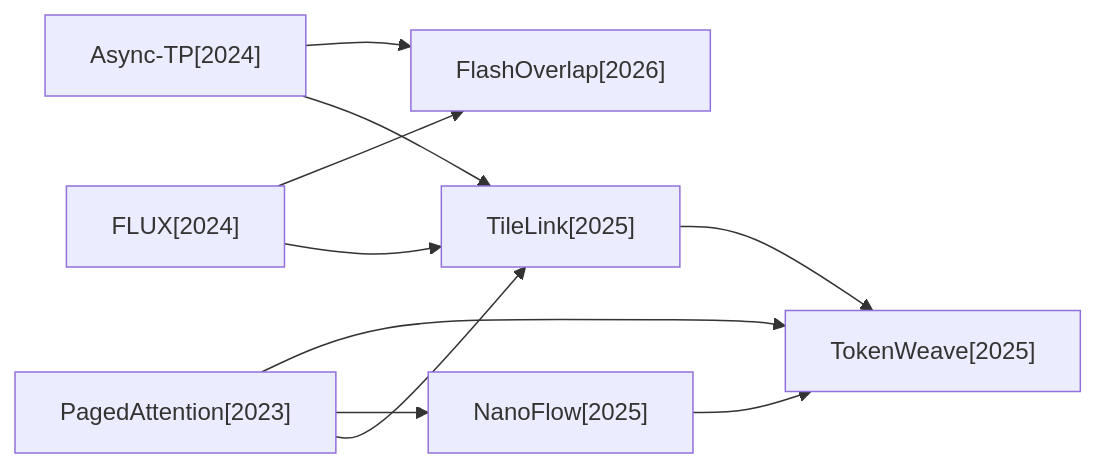
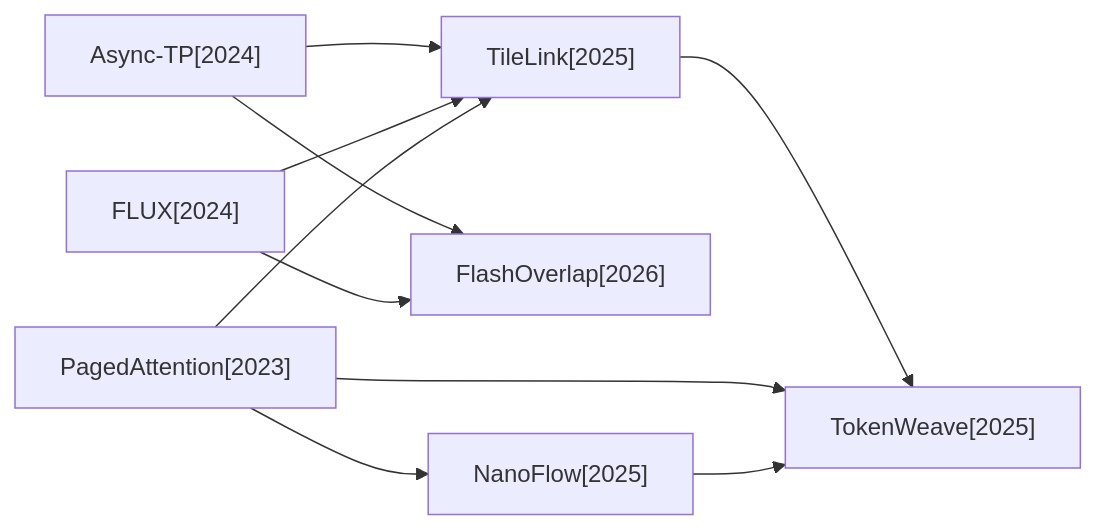
The first of 5 diagrams in docs/baseline_methods_graph.md (hustzxd/EfficientPaper), drawn with Mermaid before and after one commit. The commit also changed other lines of this file and 19 other files, not shown here.

````diff
--- a/docs/baseline_methods_graph.md
+++ b/docs/baseline_methods_graph.md
@@ -7,19 +7,19 @@
 ```mermaid
 flowchart LR
+    2024_Async_TP["Async-TP[2024]"]
+    2025_TileLink["TileLink[2025]"]
+    2024_FLUX["FLUX[2024]"]
+    2026_FlashOverlap["FlashOverlap[2026]"]
     2023_PagedAttention["PagedAttention[2023]"]
-    2024_FLUX["FLUX[2024]"]
-    2025_TileLink["TileLink[2025]"]
-    2026_FlashOverlap["FlashOverlap[2026]"]
     2025_TokenWeave["TokenWeave[2025]"]
     2025_NanoFlow["NanoFlow[2025]"]
-    2024_Async_TP["Async-TP[2024]"]
+    2024_Async_TP --> 2025_TileLink
+    2024_Async_TP --> 2026_FlashOverlap
+    2025_TileLink --> 2025_TokenWeave
+    2024_FLUX --> 2025_TileLink
+    2024_FLUX --> 2026_FlashOverlap
     2023_PagedAttention --> 2025_TileLink
     2023_PagedAttention --> 2025_NanoFlow
     2023_PagedAttention --> 2025_TokenWeave
-    2024_FLUX --> 2025_TileLink
-    2024_FLUX --> 2026_FlashOverlap
-    2025_TileLink --> 2025_TokenWeave
     2025_NanoFlow --> 2025_TokenWeave
-    2024_Async_TP --> 2025_TileLink
-    2024_Async_TP --> 2026_FlashOverlap
 ```
````
